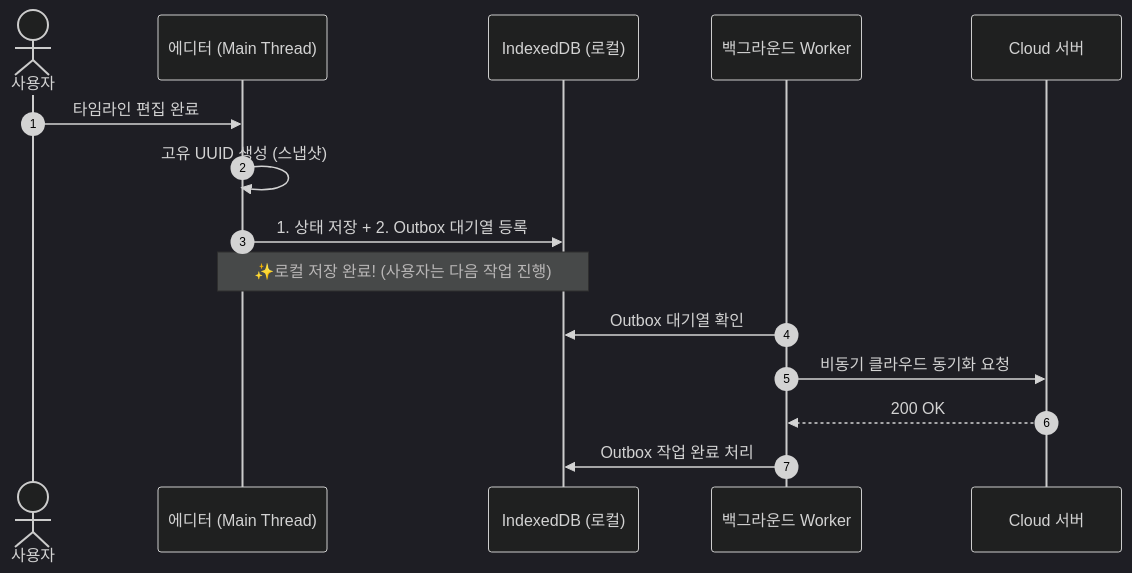
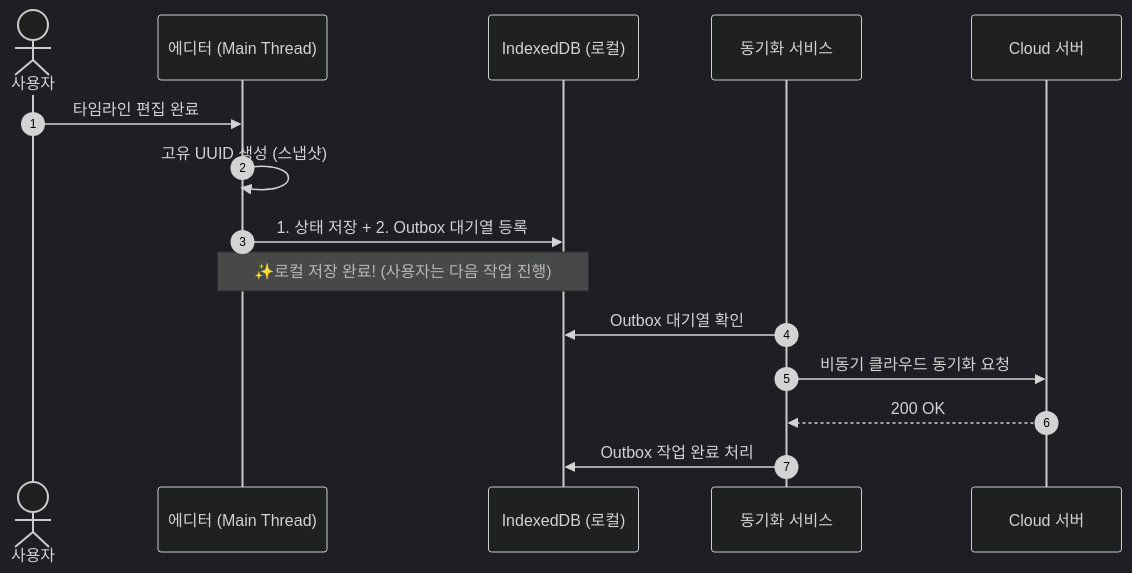
One commit to whizzkid1452/blog changed the diagram in content/posts/local-first-media-project-storage.md. Above: the diagram before and after it, drawn with Mermaid (dark theme). The commit also changed other lines of this file and 2 other files, not shown here.

````diff
--- a/content/posts/local-first-media-project-storage.md
+++ b/content/posts/local-first-media-project-storage.md
@@ -44,20 +44,20 @@
 ```mermaid
 sequenceDiagram
     autonumber
 
     actor User as 사용자
     participant Editor as 에디터 (Main Thread)
     participant IDB as IndexedDB (로컬)
-    participant Worker as 백그라운드 Worker
+    participant Worker as 동기화 서비스
     participant Cloud as Cloud 서버
 
     User->>Editor: 타임라인 편집 완료
     Editor->>Editor: 고유 UUID 생성 (스냅샷)
     Editor->>IDB: 1. 상태 저장 + 2. Outbox 대기열 등록
     Note over Editor,IDB: ✨로컬 저장 완료! (사용자는 다음 작업 진행)
 
     Worker->>IDB: Outbox 대기열 확인
     Worker->>Cloud: 비동기 클라우드 동기화 요청
     Cloud-->>Worker: 200 OK
     Worker->>IDB: Outbox 작업 완료 처리
 ```
````
